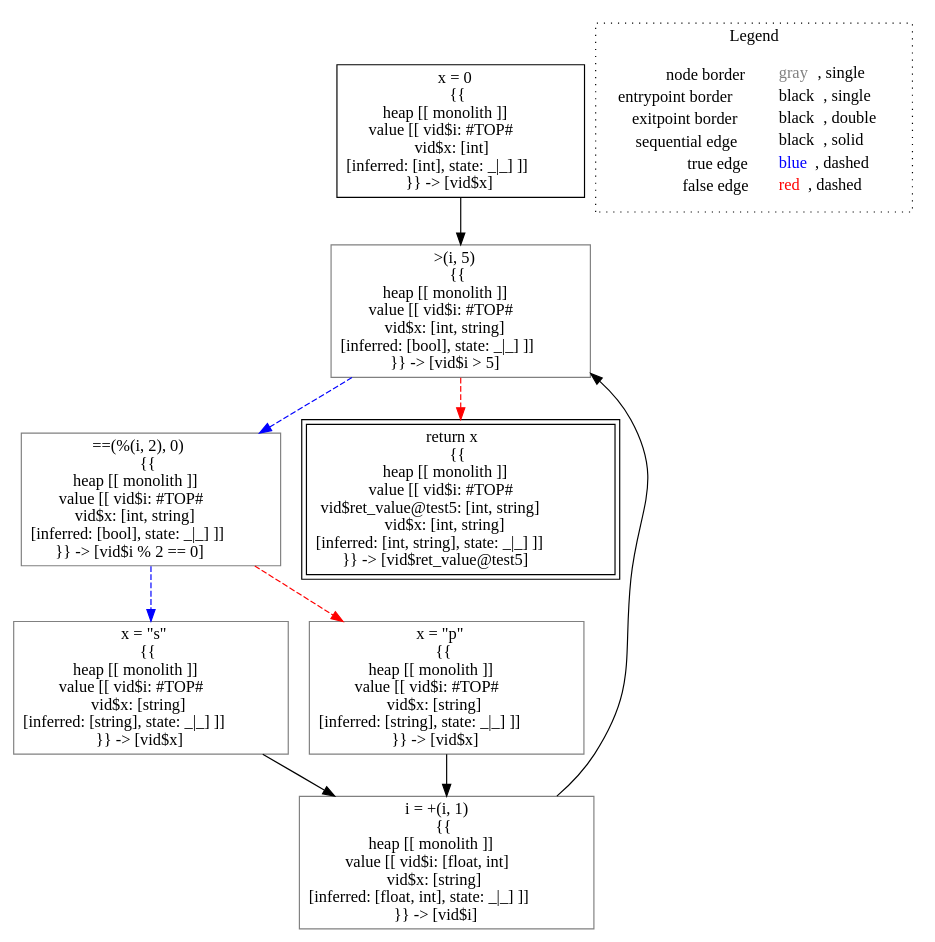
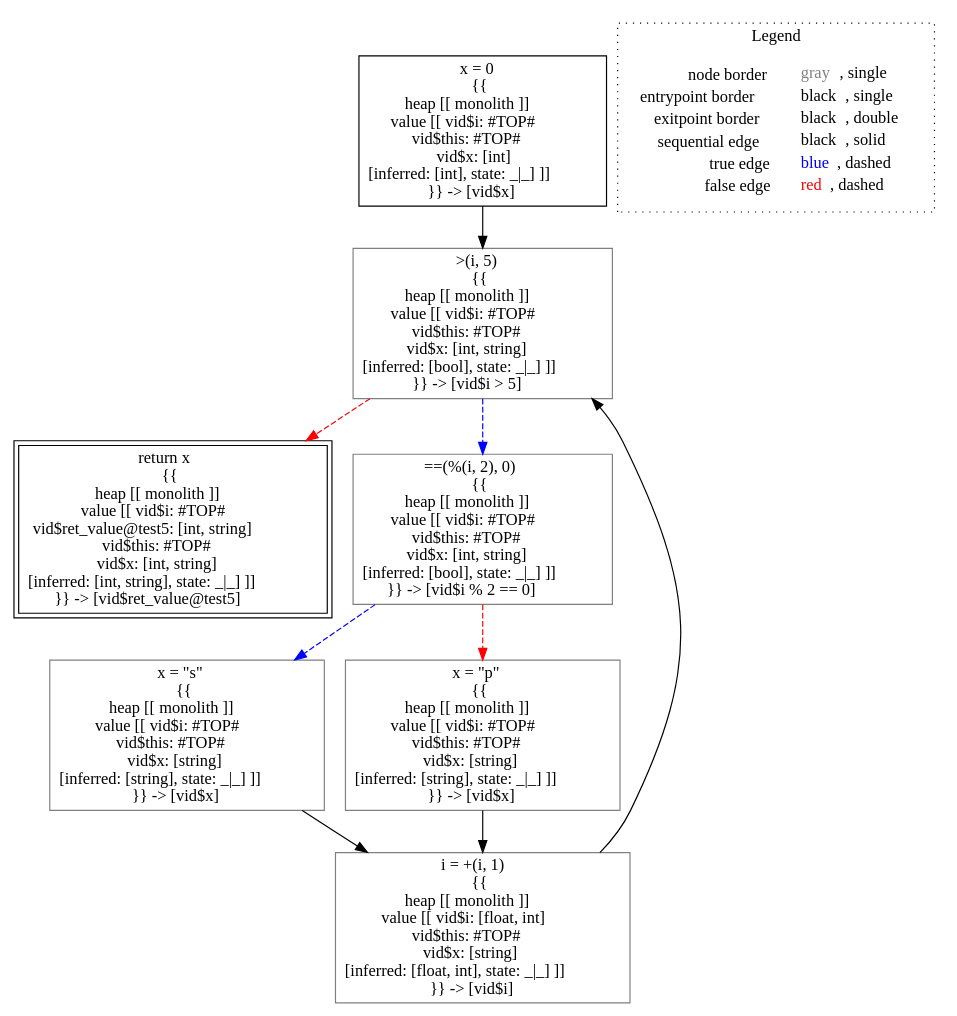
Before and after one commit to lisa-analyzer/lisa: the diagram in lisa/imp-testcases/type-inference/typing___untyped_typing.test5(typing_this,_untyped_i).dot, drawn with Graphviz. The commit also changed 45 other files, not shown here.

```diff
--- a/lisa/imp-testcases/type-inference/typing___untyped_typing.test5(typing_this,_untyped_i).dot
+++ b/lisa/imp-testcases/type-inference/typing___untyped_typing.test5(typing_this,_untyped_i).dot
@@ -1,24 +1,24 @@
 digraph {
-	"node0" [shape="rect",color="black",label=<x = 0<BR/>{{<BR/>heap [[ monolith ]]<BR/>value [[ vid$i: #TOP#<BR/>vid$x: [int]<BR/>[inferred: [int], state: _|_] ]]<BR/>}} -&gt; [vid$x]>];
-	"node1" [shape="rect",color="gray",label=<x = &quot;s&quot;<BR/>{{<BR/>heap [[ monolith ]]<BR/>value [[ vid$i: #TOP#<BR/>vid$x: [string]<BR/>[inferred: [string], state: _|_] ]]<BR/>}} -&gt; [vid$x]>];
-	"node2" [shape="rect",color="gray",label=<x = &quot;p&quot;<BR/>{{<BR/>heap [[ monolith ]]<BR/>value [[ vid$i: #TOP#<BR/>vid$x: [string]<BR/>[inferred: [string], state: _|_] ]]<BR/>}} -&gt; [vid$x]>];
-	"node3" [shape="rect",color="gray",label=<==(%(i, 2), 0)<BR/>{{<BR/>heap [[ monolith ]]<BR/>value [[ vid$i: #TOP#<BR/>vid$x: [int, string]<BR/>[inferred: [bool], state: _|_] ]]<BR/>}} -&gt; [vid$i % 2 == 0]>];
-	"node4" [shape="rect",color="gray",label=<&gt;(i, 5)<BR/>{{<BR/>heap [[ monolith ]]<BR/>value [[ vid$i: #TOP#<BR/>vid$x: [int, string]<BR/>[inferred: [bool], state: _|_] ]]<BR/>}} -&gt; [vid$i &gt; 5]>];
-	"node5" [shape="rect",color="gray",label=<i = +(i, 1)<BR/>{{<BR/>heap [[ monolith ]]<BR/>value [[ vid$i: [float, int]<BR/>vid$x: [string]<BR/>[inferred: [float, int], state: _|_] ]]<BR/>}} -&gt; [vid$i]>];
-	"node6" [shape="rect",color="black",peripheries="2",label=<return x<BR/>{{<BR/>heap [[ monolith ]]<BR/>value [[ vid$i: #TOP#<BR/>vid$ret_value@test5: [int, string]<BR/>vid$x: [int, string]<BR/>[inferred: [int, string], state: _|_] ]]<BR/>}} -&gt; [vid$ret_value@test5]>];
-	"node1" -> "node5" [color="black"];
-	"node2" -> "node5" [color="black"];
-	"node3" -> "node1" [color="blue",style="dashed"];
-	"node3" -> "node2" [color="red",style="dashed"];
-	"node4" -> "node3" [color="blue",style="dashed"];
-	"node4" -> "node6" [color="red",style="dashed"];
-	"node5" -> "node4" [color="black"];
-	"node0" -> "node4" [color="black"];
+	"node0" [shape="rect",color="black",label=<x = 0<BR/>{{<BR/>heap [[ monolith ]]<BR/>value [[ vid$i: #TOP#<BR/>vid$this: #TOP#<BR/>vid$x: [int]<BR/>[inferred: [int], state: _|_] ]]<BR/>}} -&gt; [vid$x]>];
+	"node1" [shape="rect",color="gray",label=<&gt;(i, 5)<BR/>{{<BR/>heap [[ monolith ]]<BR/>value [[ vid$i: #TOP#<BR/>vid$this: #TOP#<BR/>vid$x: [int, string]<BR/>[inferred: [bool], state: _|_] ]]<BR/>}} -&gt; [vid$i &gt; 5]>];
+	"node2" [shape="rect",color="gray",label=<x = &quot;s&quot;<BR/>{{<BR/>heap [[ monolith ]]<BR/>value [[ vid$i: #TOP#<BR/>vid$this: #TOP#<BR/>vid$x: [string]<BR/>[inferred: [string], state: _|_] ]]<BR/>}} -&gt; [vid$x]>];
+	"node3" [shape="rect",color="gray",label=<i = +(i, 1)<BR/>{{<BR/>heap [[ monolith ]]<BR/>value [[ vid$i: [float, int]<BR/>vid$this: #TOP#<BR/>vid$x: [string]<BR/>[inferred: [float, int], state: _|_] ]]<BR/>}} -&gt; [vid$i]>];
+	"node4" [shape="rect",color="black",peripheries="2",label=<return x<BR/>{{<BR/>heap [[ monolith ]]<BR/>value [[ vid$i: #TOP#<BR/>vid$ret_value@test5: [int, string]<BR/>vid$this: #TOP#<BR/>vid$x: [int, string]<BR/>[inferred: [int, string], state: _|_] ]]<BR/>}} -&gt; [vid$ret_value@test5]>];
+	"node5" [shape="rect",color="gray",label=<x = &quot;p&quot;<BR/>{{<BR/>heap [[ monolith ]]<BR/>value [[ vid$i: #TOP#<BR/>vid$this: #TOP#<BR/>vid$x: [string]<BR/>[inferred: [string], state: _|_] ]]<BR/>}} -&gt; [vid$x]>];
+	"node6" [shape="rect",color="gray",label=<==(%(i, 2), 0)<BR/>{{<BR/>heap [[ monolith ]]<BR/>value [[ vid$i: #TOP#<BR/>vid$this: #TOP#<BR/>vid$x: [int, string]<BR/>[inferred: [bool], state: _|_] ]]<BR/>}} -&gt; [vid$i % 2 == 0]>];
+	"node0" -> "node1" [color="black"];
+	"node1" -> "node4" [color="red",style="dashed"];
+	"node1" -> "node6" [color="blue",style="dashed"];
+	"node2" -> "node3" [color="black"];
+	"node3" -> "node1" [color="black"];
+	"node5" -> "node3" [color="black"];
+	"node6" -> "node2" [color="blue",style="dashed"];
+	"node6" -> "node5" [color="red",style="dashed"];
 subgraph cluster_legend {
 	label="Legend";
 	style=dotted;
 	node [shape=plaintext];
 	"legend" [label=<<table border="0" cellpadding="2" cellspacing="0" cellborder="0"><tr><td align="right">node border&nbsp;</td><td align="left"><font color="gray">gray</font>, single</td></tr><tr><td align="right">entrypoint border&nbsp;</td><td align="left"><font color="black">black</font>, single</td></tr><tr><td align="right">exitpoint border&nbsp;</td><td align="left"><font color="black">black</font>, double</td></tr><tr><td align="right">sequential edge&nbsp;</td><td align="left"><font color="black">black</font>, solid</td></tr><tr><td align="right">true edge&nbsp;</td><td align="left"><font color="blue">blue</font>, dashed</td></tr><tr><td align="right">false edge&nbsp;</td><td align="left"><font color="red">red</font>, dashed</td></tr></table>>];
 }
 
 }
```
